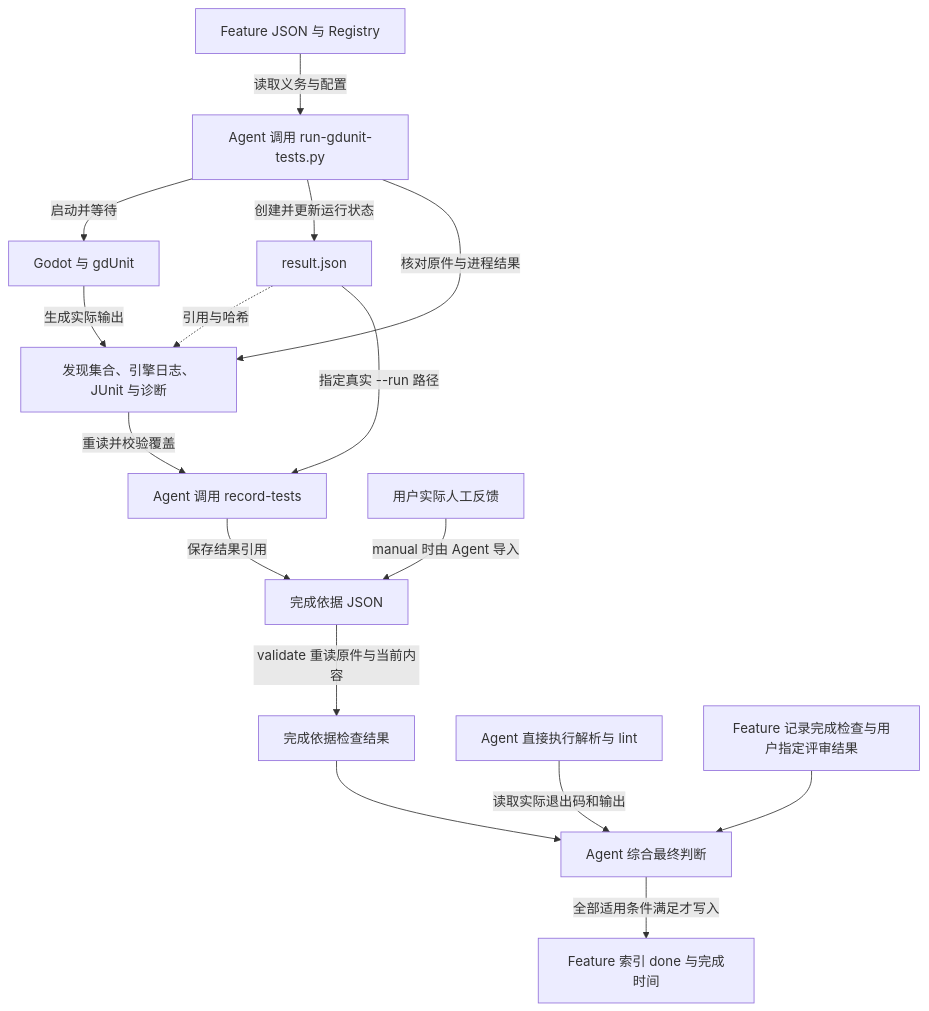
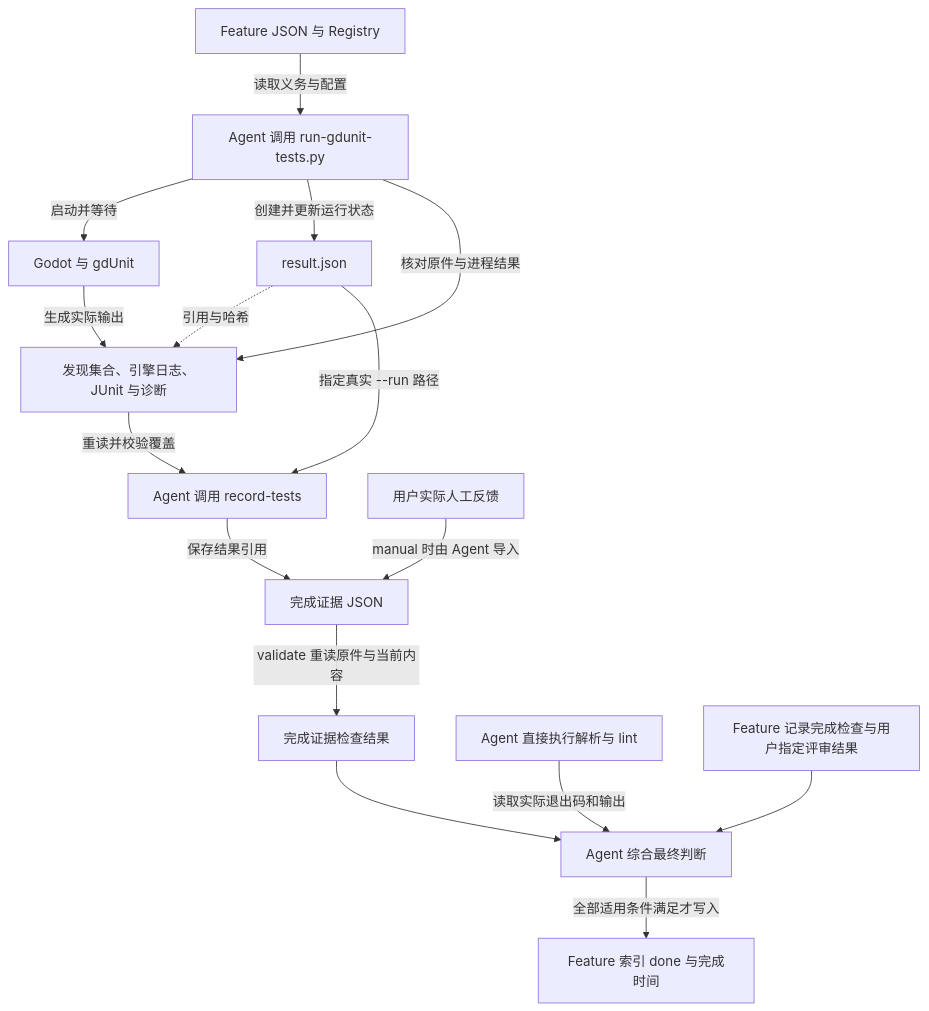
One commit to yxy823/Game_idle_yaya_frame changed the diagram in framework/godot-project-manual/methods-and-tools/commands-and-evidence.md. Above: the diagram before and after it, drawn with Mermaid. The commit also changed other lines of this file and 111 other files, not shown here.

````diff
--- a/framework/godot-project-manual/methods-and-tools/commands-and-evidence.md
+++ b/framework/godot-project-manual/methods-and-tools/commands-and-evidence.md
@@ -186,18 +186,18 @@
 ```mermaid
 flowchart TD
     F[Feature JSON 与 Registry] -->|读取义务与配置| R[Agent 调用 run-gdunit-tests.py]
     R -->|启动并等待| G[Godot 与 gdUnit]
     R -->|创建并更新运行状态| J[result.json]
     G -->|生成实际输出| O[发现集合、引擎日志、JUnit 与诊断]
     R -->|核对原件与进程结果| O
     J -.->|引用与哈希| O
     J -->|指定真实 --run 路径| T[Agent 调用 record-tests]
     O -->|重读并校验覆盖| T
-    T -->|保存结果引用| E[完成依据 JSON]
+    T -->|保存结果引用| E[完成证据 JSON]
     U[用户实际人工反馈] -->|manual 时由 Agent 导入| E
-    E -->|validate 重读原件与当前内容| C[完成依据检查结果]
+    E -->|validate 重读原件与当前内容| C[完成证据检查结果]
     A[Agent 直接执行解析与 lint] -->|读取实际退出码和输出| D[Agent 综合最终判断]
     C --> D
     V[Feature 记录完成检查与用户指定评审结果] --> D
     D -->|全部适用条件满足才写入| S[Feature 索引 done 与完成时间]
 ```
````
